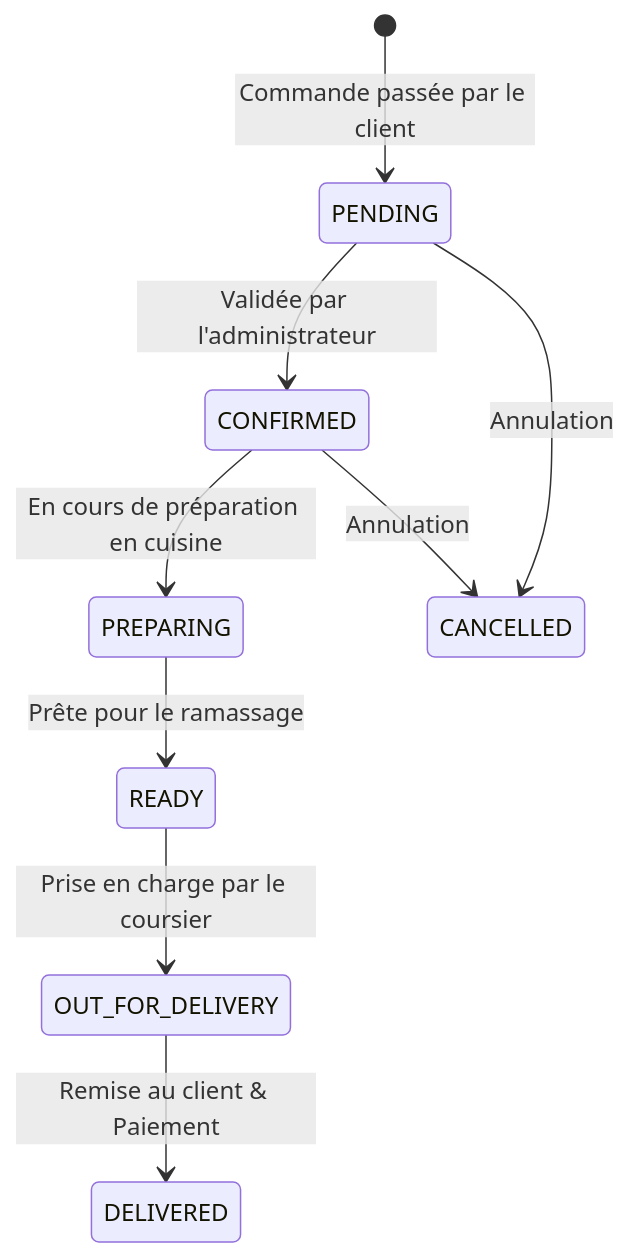
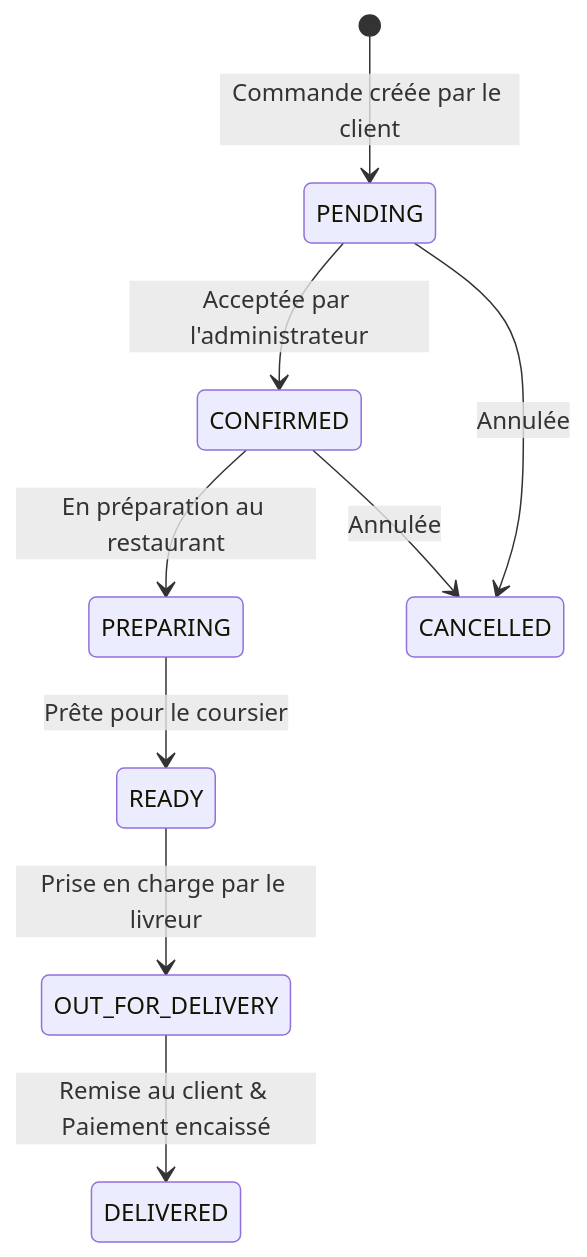
One commit to yassinechidm/App-livraison- changed the second of 2 diagrams in README.md. Above: the diagram before and after it, drawn with Mermaid. The commit also changed other lines of this file, not shown here.

````diff
--- a/README.md
+++ b/README.md
@@ -340,11 +323,11 @@
 ```mermaid
 stateDiagram-v2
-    [*] --> PENDING : Commande passée par le client
-    PENDING --> CONFIRMED : Validée par l'administrateur
-    CONFIRMED --> PREPARING : En cours de préparation en cuisine
-    PREPARING --> READY : Prête pour le ramassage
-    READY --> OUT_FOR_DELIVERY : Prise en charge par le coursier
-    OUT_FOR_DELIVERY --> DELIVERED : Remise au client & Paiement
-    PENDING --> CANCELLED : Annulation
-    CONFIRMED --> CANCELLED : Annulation
+    [*] --> PENDING : Commande créée par le client
+    PENDING --> CONFIRMED : Acceptée par l'administrateur
+    CONFIRMED --> PREPARING : En préparation au restaurant
+    PREPARING --> READY : Prête pour le coursier
+    READY --> OUT_FOR_DELIVERY : Prise en charge par le livreur
+    OUT_FOR_DELIVERY --> DELIVERED : Remise au client & Paiement encaissé
+    PENDING --> CANCELLED : Annulée
+    CONFIRMED --> CANCELLED : Annulée
 ```
````
